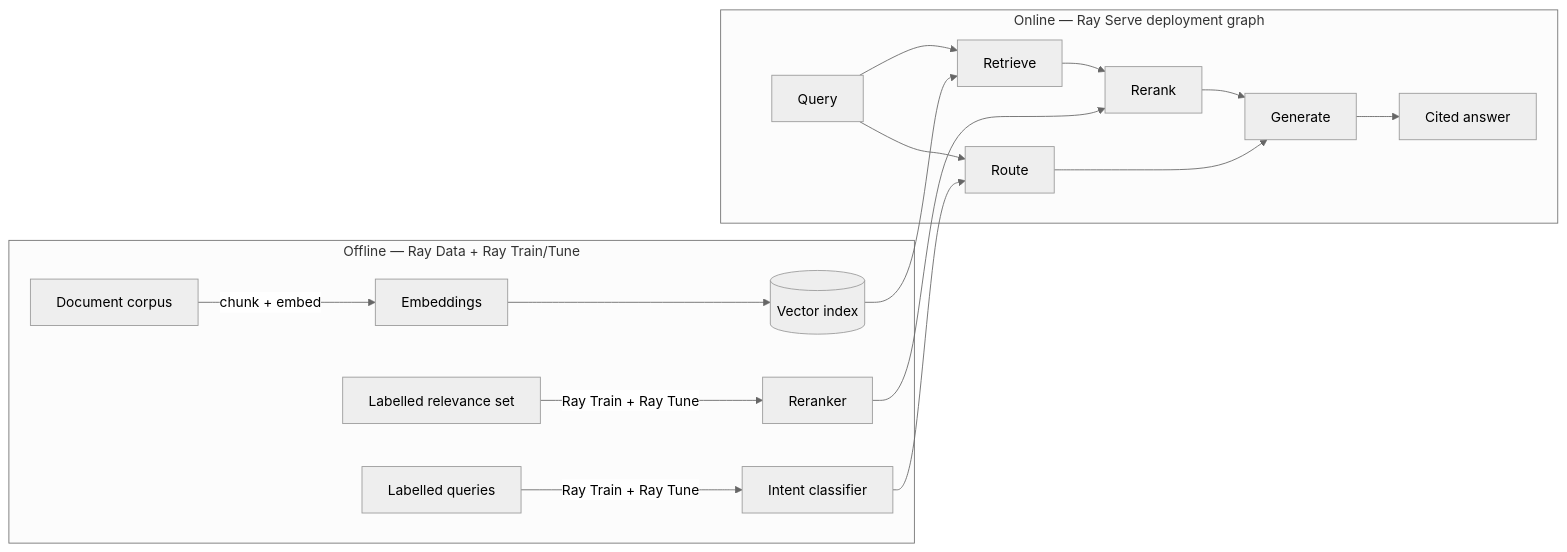
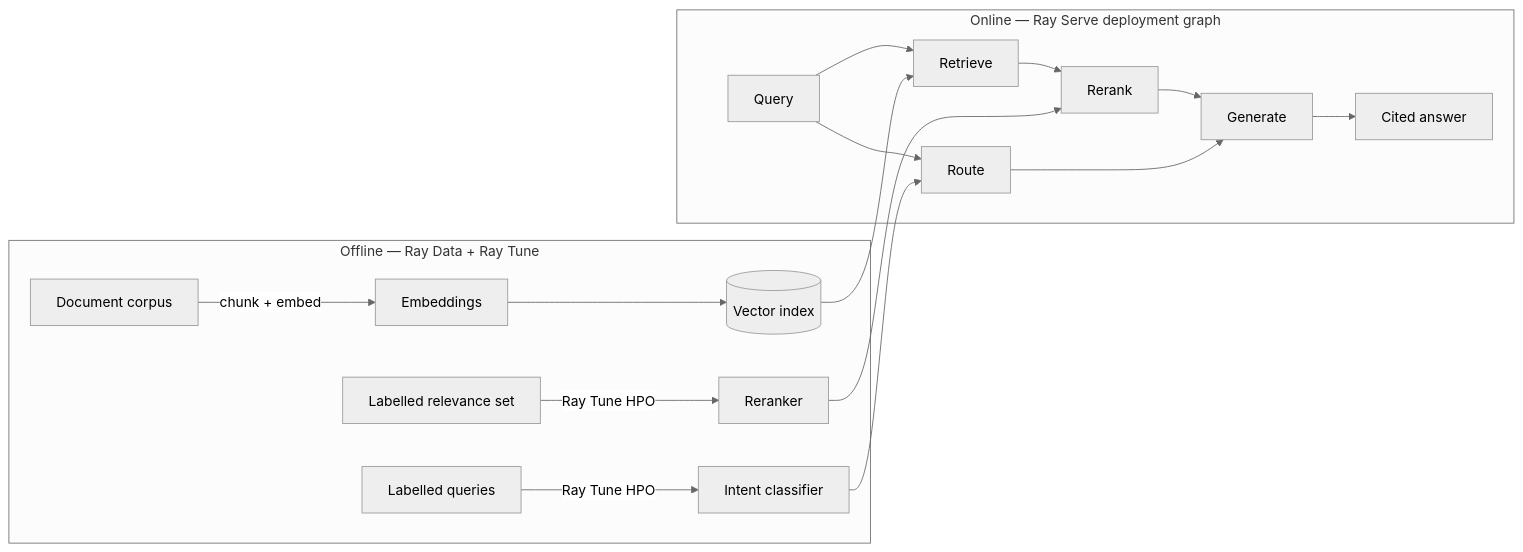
The diagram in README.md (ghoshp83/ray-rag-intelligence), drawn with Mermaid (neutral theme) before and after one commit. The commit also changed other lines of this file, not shown here.

First line of the commit message:
Correct README: learning-to-rank reranker, and Ray Train as scale-out only

````diff
--- a/README.md
+++ b/README.md
@@ -30,21 +30,21 @@
 ```mermaid
 flowchart LR
-    subgraph Offline["Offline — Ray Data + Ray Train/Tune"]
+    subgraph Offline["Offline — Ray Data + Ray Tune"]
         C[Document corpus] -->|chunk + embed| E[Embeddings]
         E --> IDX[(Vector index)]
-        L[Labelled relevance set] -->|Ray Train + Ray Tune| RR[Reranker]
-        L2[Labelled queries] -->|Ray Train + Ray Tune| IC[Intent classifier]
+        L[Labelled relevance set] -->|Ray Tune HPO| RR[Reranker]
+        L2[Labelled queries] -->|Ray Tune HPO| IC[Intent classifier]
     end
 
     subgraph Online["Online — Ray Serve deployment graph"]
         Q[Query] --> RT[Retrieve]
         IDX --> RT
         RT --> RK[Rerank]
         RR --> RK
         Q --> RO[Route]
         IC --> RO
         RK --> GEN[Generate]
         RO --> GEN
         GEN --> A[Cited answer]
     end
 ```
````
